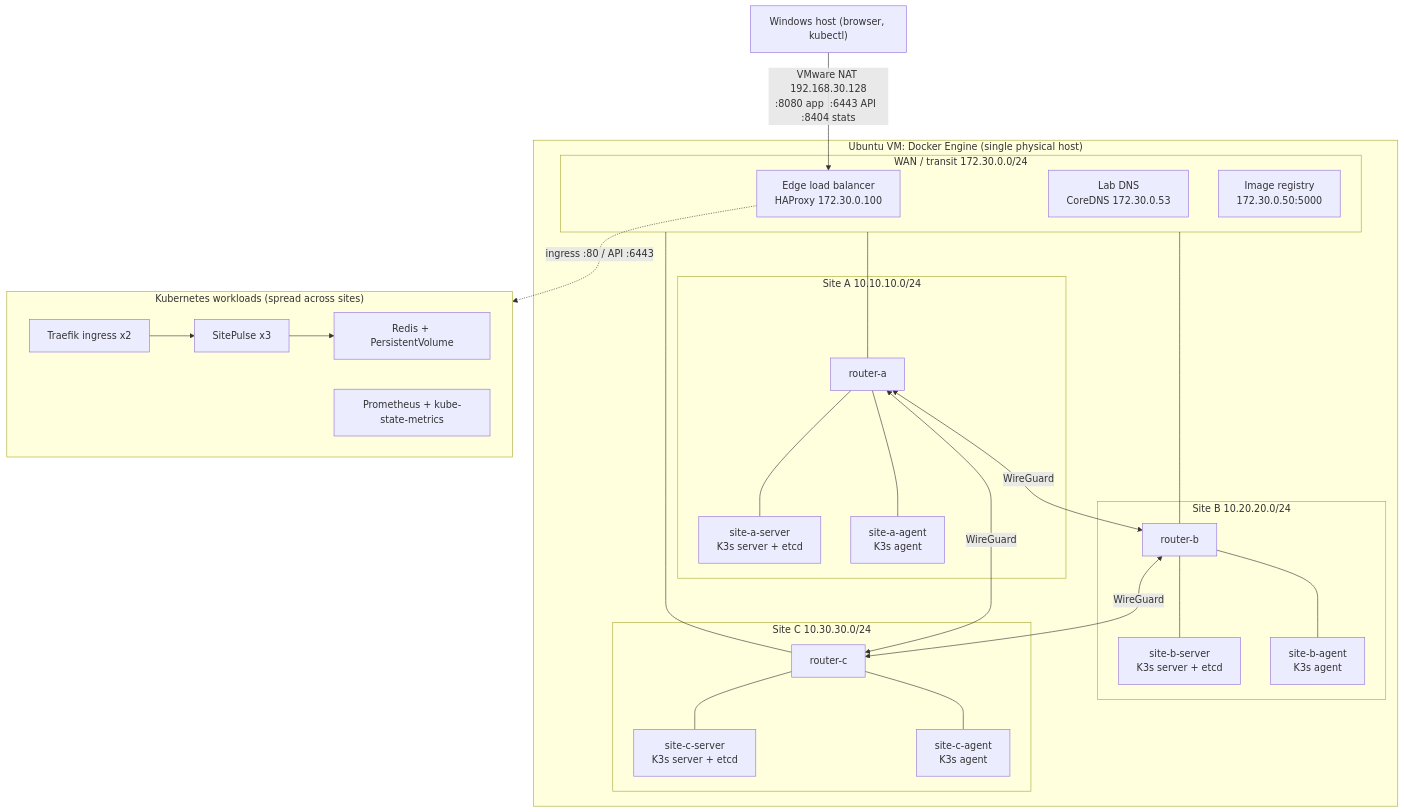
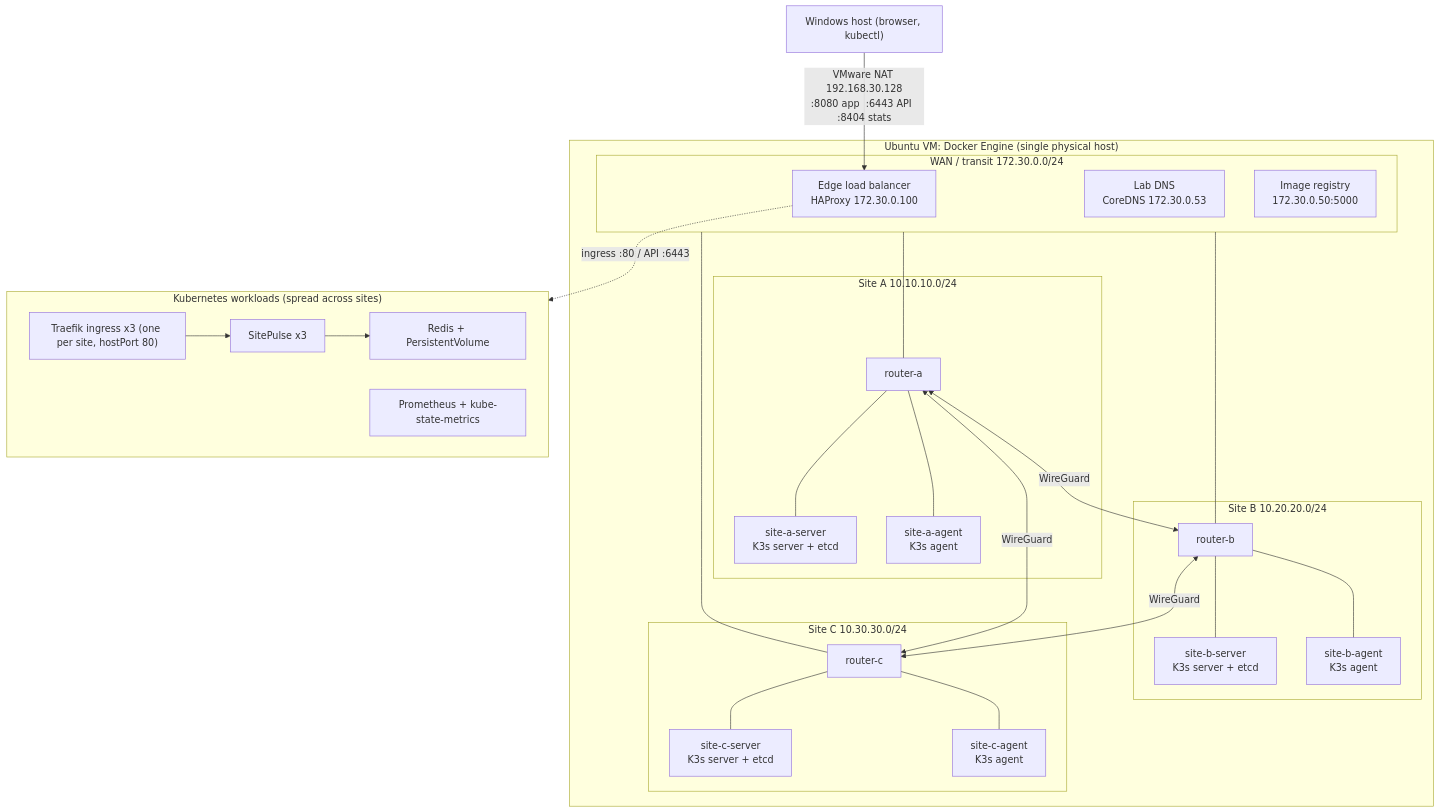
One commit to saad-h-hashmi/multi-site-ha-platform changed the diagram in diagrams/01-system-architecture.mmd. Above: the diagram before and after it, drawn with Mermaid. The commit also changed 31 other files, not shown here.

```diff
--- a/diagrams/01-system-architecture.mmd
+++ b/diagrams/01-system-architecture.mmd
@@ -1,29 +1,29 @@
 %% Overall system architecture
 flowchart TB
   WIN["Windows host (browser, kubectl)"] -->|"VMware NAT 192.168.30.128<br/>:8080 app  :6443 API  :8404 stats"| EDGE
   subgraph VM["Ubuntu VM: Docker Engine (single physical host)"]
     subgraph WAN["WAN / transit 172.30.0.0/24"]
       EDGE["Edge load balancer<br/>HAProxy 172.30.0.100"]
       DNS["Lab DNS<br/>CoreDNS 172.30.0.53"]
       REG["Image registry<br/>172.30.0.50:5000"]
     end
     subgraph SA["Site A 10.10.10.0/24"]
       RA["router-a"] --- A1["site-a-server<br/>K3s server + etcd"] & A2["site-a-agent<br/>K3s agent"]
     end
     subgraph SB["Site B 10.20.20.0/24"]
       RB["router-b"] --- B1["site-b-server<br/>K3s server + etcd"] & B2["site-b-agent<br/>K3s agent"]
     end
     subgraph SC["Site C 10.30.30.0/24"]
       RC["router-c"] --- C1["site-c-server<br/>K3s server + etcd"] & C2["site-c-agent<br/>K3s agent"]
     end
     RA <-->|WireGuard| RB
     RB <-->|WireGuard| RC
     RA <-->|WireGuard| RC
     WAN --- RA & RB & RC
   end
   subgraph K8S["Kubernetes workloads (spread across sites)"]
     APP["SitePulse x3"] --> REDIS["Redis + PersistentVolume"]
-    TR["Traefik ingress x2"] --> APP
+    TR["Traefik ingress x3 (one per site, hostPort 80)"] --> APP
     PROM["Prometheus + kube-state-metrics"]
   end
   EDGE -.->|"ingress :80 / API :6443"| K8S
```
